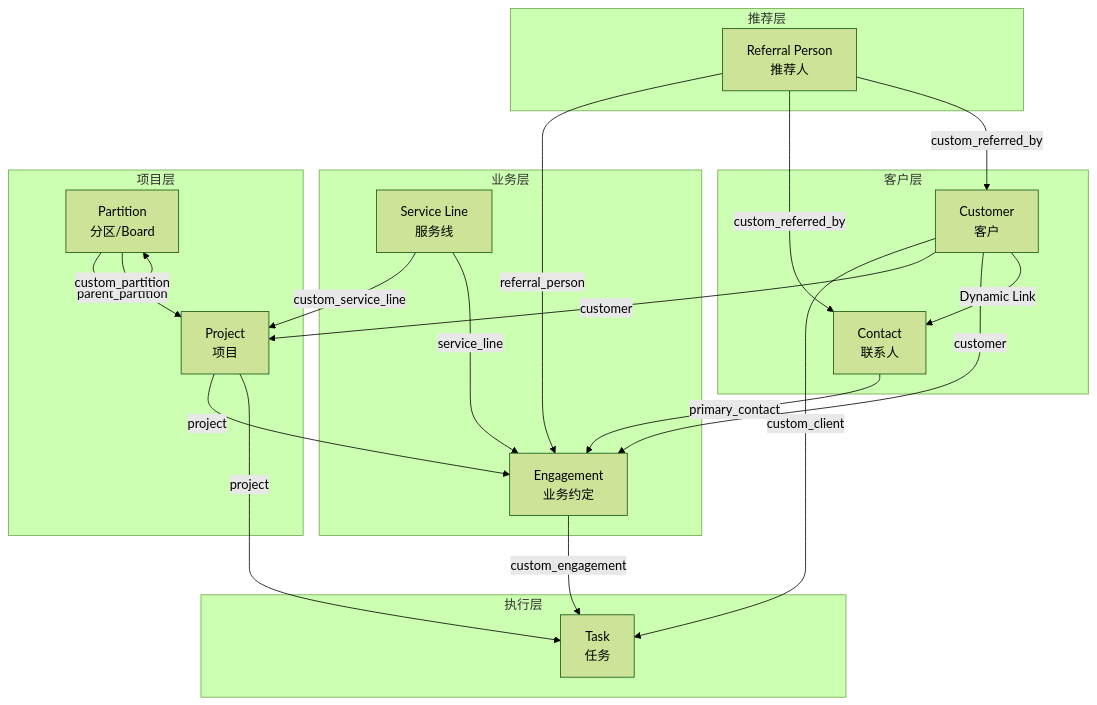
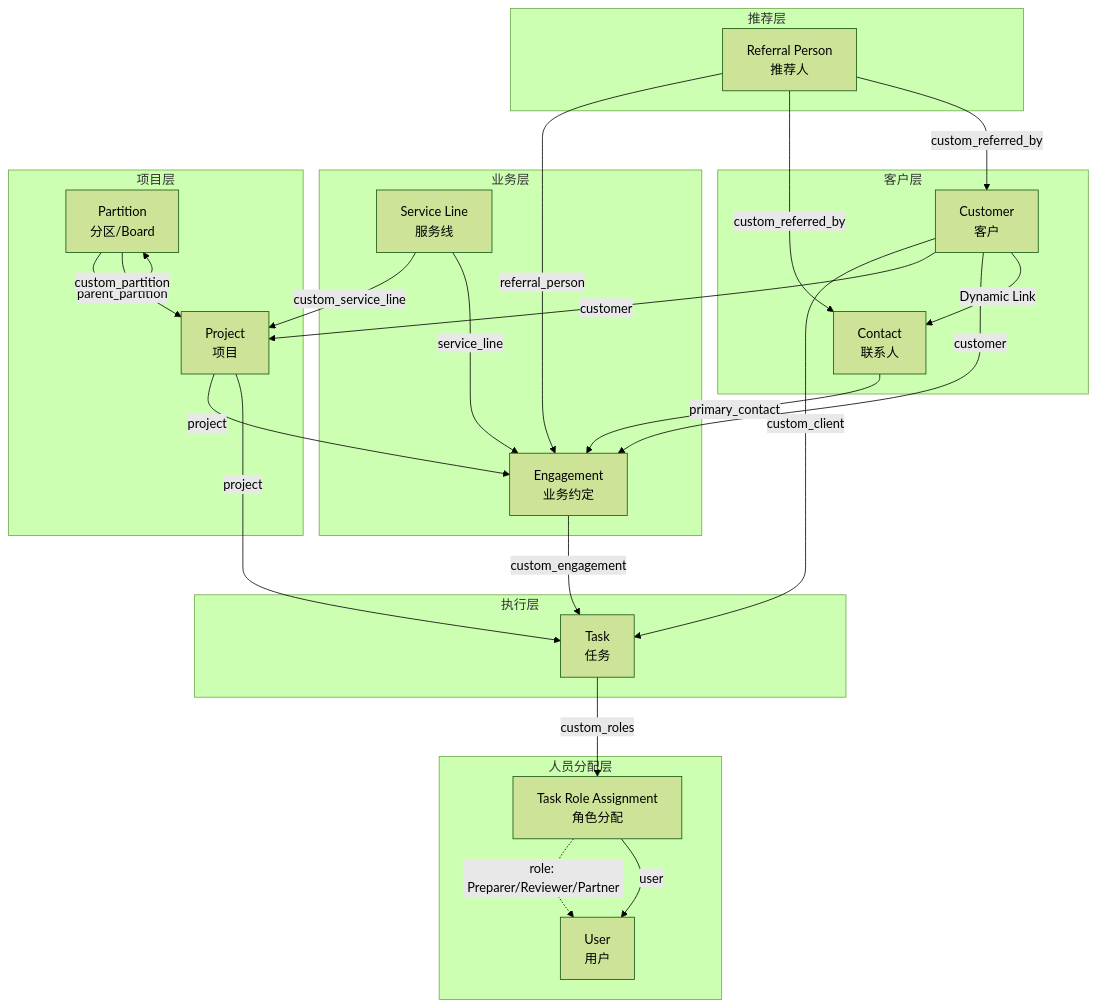
One commit to Top-Figures-Business-Solution-Pty-Ltd/Smart-Accounting-SaaS-Platform changed the diagram in smart_accounting_data_architecture.md. Above: the diagram before and after it, drawn with Mermaid (forest theme). The commit also changed other lines of this file and 8 other files, not shown here.

Commit message:
6th update: flowchart updated, and fied some issues about buttons

````diff
--- a/smart_accounting_data_architecture.md
+++ b/smart_accounting_data_architecture.md
@@ -5,54 +5,64 @@
 ```mermaid
 flowchart TB
     subgraph 推荐层
         RP[Referral Person<br/>推荐人]
     end
     
     subgraph 客户层
         CUS[Customer<br/>客户]
         CON[Contact<br/>联系人]
     end
     
     subgraph 业务层
         ENG[Engagement<br/>业务约定]
         SL[Service Line<br/>服务线]
     end
     
     subgraph 项目层
         PAR[Partition<br/>分区/Board]
         PRO[Project<br/>项目]
     end
     
     subgraph 执行层
         TASK[Task<br/>任务]
+    end
+    
+    subgraph 人员分配层
+        TRA[Task Role Assignment<br/>角色分配]
+        USER[User<br/>用户]
     end
     
     %% Referral Person 关系
     RP -->|custom_referred_by| CUS
     RP -->|custom_referred_by| CON
     RP -->|referral_person| ENG
     
     %% Customer 关系
     CUS -->|Dynamic Link| CON
     CUS -->|customer| ENG
     CUS -->|customer| PRO
     CUS -->|custom_client| TASK
     
     %% Contact 关系
     CON -->|primary_contact| ENG
     
     %% Service Line 关系
     SL -->|service_line| ENG
     SL -->|custom_service_line| PRO
     
     %% Partition 关系
     PAR -->|parent_partition| PAR
     PAR -->|custom_partition| PRO
     
     %% Project 关系
     PRO -->|project| TASK
     PRO -->|project| ENG
     
     %% Engagement 关系
     ENG -->|custom_engagement| TASK
+    
+    %% Task 角色分配关系
+    TASK -->|custom_roles| TRA
+    TRA -->|user| USER
+    TRA -.->|role: Preparer/Reviewer/Partner| USER
 ```
````
